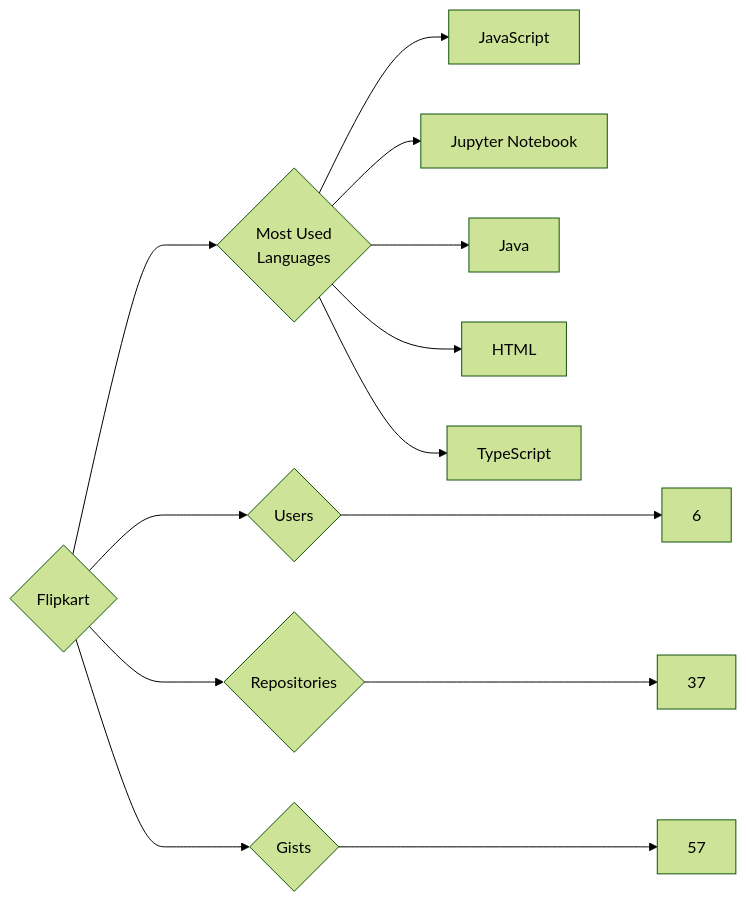
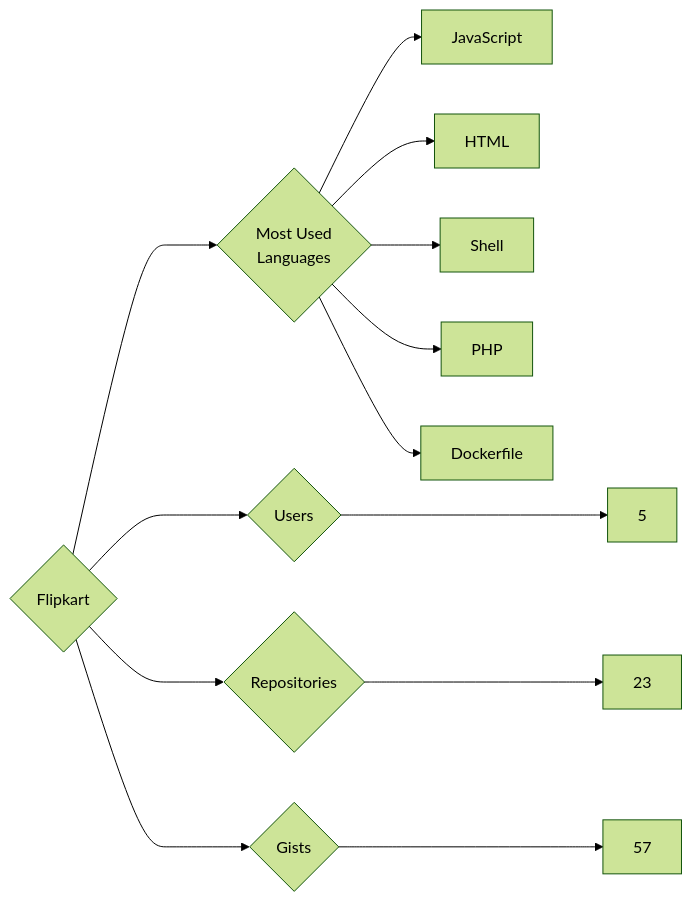
One commit to trickest/insiders changed the diagram in targets/Flipkart/README.md. Above: the diagram before and after it, drawn with Mermaid (forest theme). The commit also changed 997 other files, not shown here.

````diff
--- a/targets/Flipkart/README.md
+++ b/targets/Flipkart/README.md
@@ -3,13 +3,13 @@
 ```mermaid
 graph LR
 COMPANY_NAME{Flipkart}
-COMPANY_NAME ---> U{Users} ---> UN[6]
-COMPANY_NAME ---> R{Repositories} ---> RN[37]
+COMPANY_NAME ---> U{Users} ---> UN[5]
+COMPANY_NAME ---> R{Repositories} ---> RN[23]
 COMPANY_NAME ---> G{Gists} ---> GN[57]
 COMPANY_NAME ---> ML{Most Used<br>Languages}
 ML --> JavaScript[JavaScript]
-ML --> Jupyter_Notebook[Jupyter Notebook]
-ML --> Java[Java]
 ML --> HTML[HTML]
-ML --> TypeScript[TypeScript]
+ML --> Shell[Shell]
+ML --> PHP[PHP]
+ML --> Dockerfile[Dockerfile]
 ```
````
